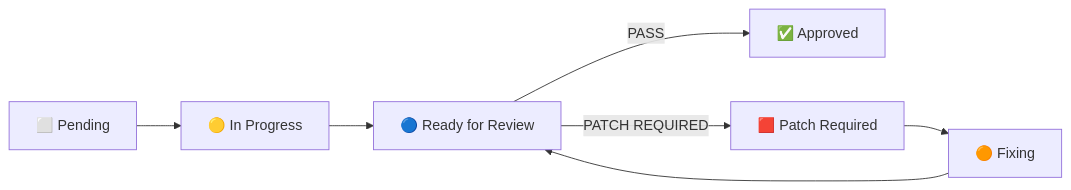
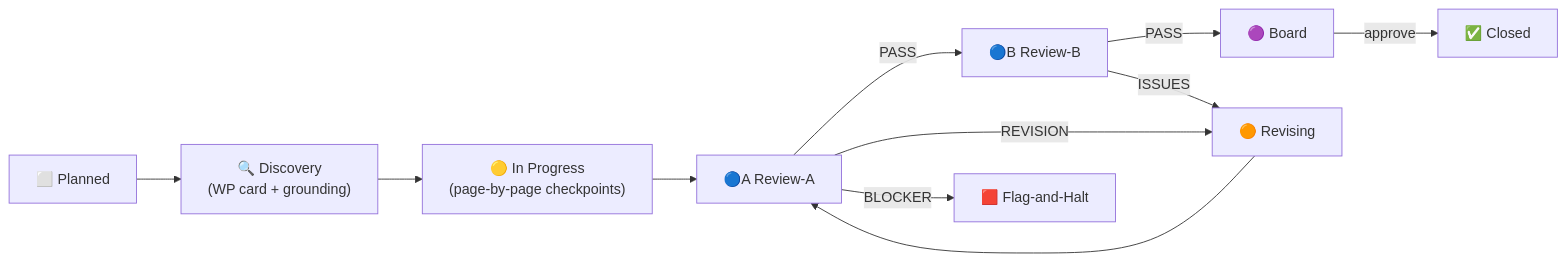
Before and after one commit to ivendorz-phase/ivendorz: the diagram in project-management/README.md, drawn with Mermaid. The commit also changed other lines of this file and 4 other files, not shown here.

First line of the commit message:
governance: FE Program Management v1.0 - Phase A (charters + process)

````diff
--- a/project-management/README.md
+++ b/project-management/README.md
@@ -46,9 +85,13 @@
 ```mermaid
 flowchart LR
-  A["⬜ Pending"] --> B["🟡 In Progress"]
-  B --> C["🔵 Ready for Review"]
-  C -->|PASS| E["✅ Approved"]
-  C -->|PATCH REQUIRED| D["🟥 Patch Required"]
-  D --> F["🟠 Fixing"]
-  F --> C
+  P["⬜ Planned"] --> D["🔍 Discovery<br/>(WP card + grounding)"]
+  D --> B["🟡 In Progress<br/>(page-by-page checkpoints)"]
+  B --> A["🔵A Review-A"]
+  A -->|PASS| Q["🔵B Review-B"]
+  A -->|REVISION| F["🟠 Revising"]
+  A -->|BLOCKER| H["🟥 Flag-and-Halt"]
+  Q -->|PASS| BD["🟣 Board"]
+  Q -->|ISSUES| F
+  F --> A
+  BD -->|approve| C["✅ Closed"]
 ```
````
